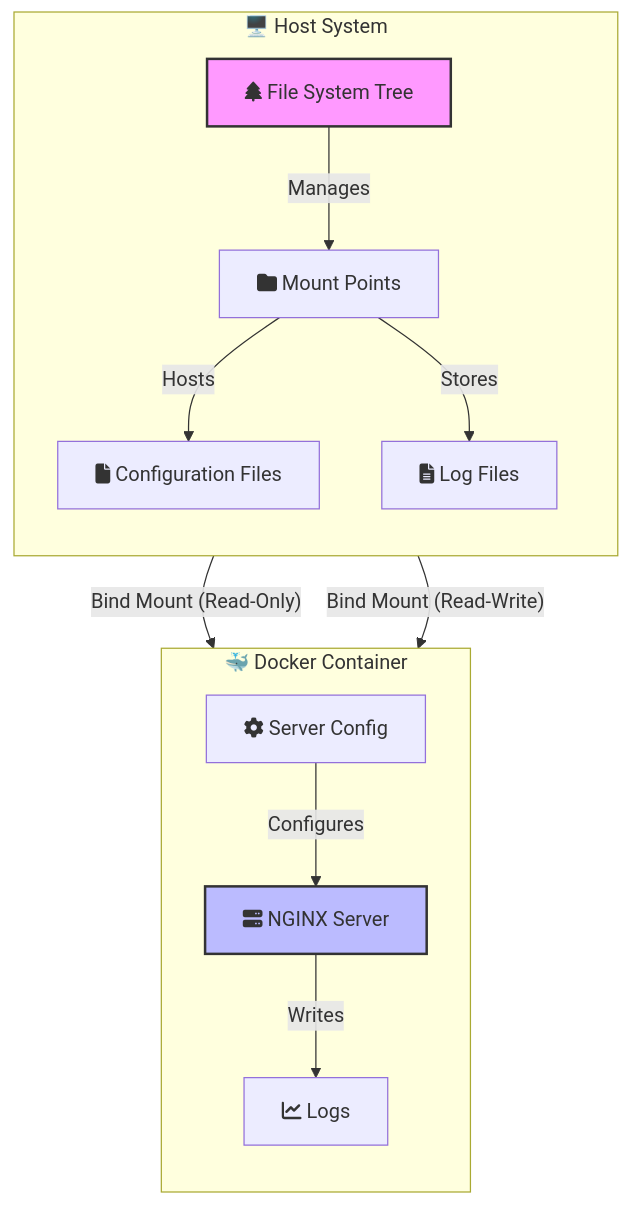
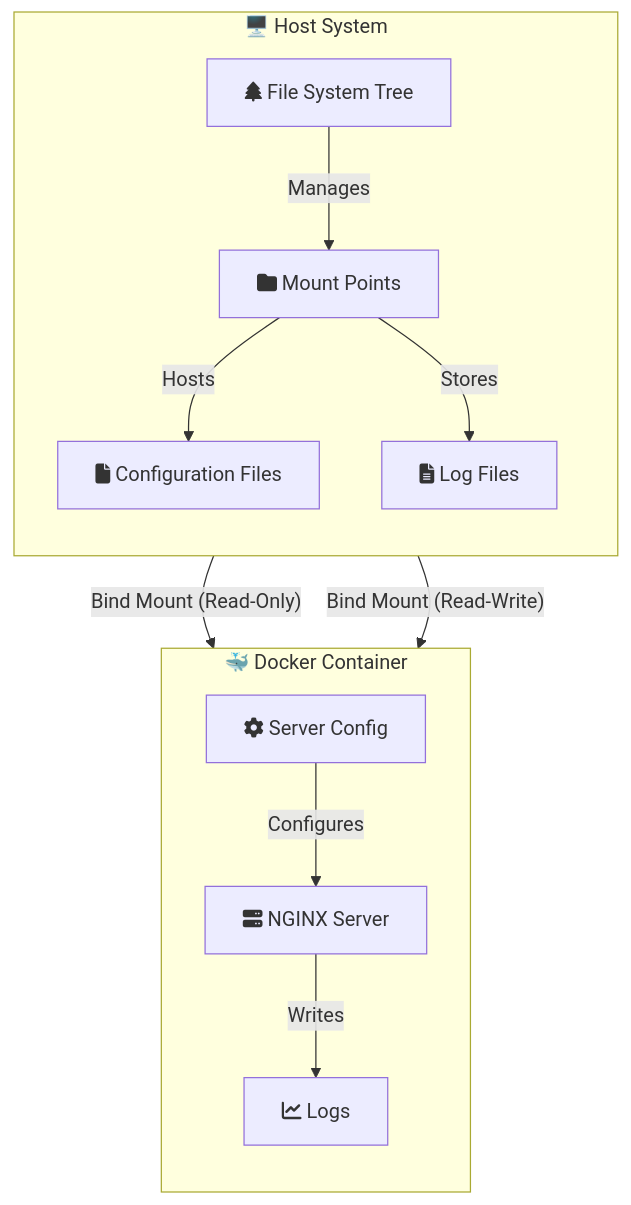
Before and after one commit to TheToriqul/docker-bind-mounts: the diagram in README.md, drawn with Mermaid.

Commit message:
Readme updated

````diff
--- a/README.md
+++ b/README.md
@@ -19,28 +19,25 @@
 ```mermaid
 graph TB
     subgraph "🖥️ Host System" 
         direction TB
         A[fa:fa-tree File System Tree]
         B[fa:fa-folder Mount Points]
         C[fa:fa-file Configuration Files]
         D[fa:fa-file-alt Log Files]
     end
     
     subgraph "🐳 Docker Container"
         direction TB
         E[fa:fa-server NGINX Server]
         F[fa:fa-cog Server Config]
         G[fa:fa-chart-line Logs]
     end
     
     A -->|Manages| B
     B -->|Hosts| C
     B -->|Stores| D
     C -->|"Bind Mount (Read-Only)"| F
     D -->|"Bind Mount (Read-Write)"| G
     F -->|Configures| E
     E -->|Writes| G
-
-    style A fill:#f9f,stroke:#333,stroke-width:2px
-    style E fill:#bbf,stroke:#333,stroke-width:2px
 ```
````
